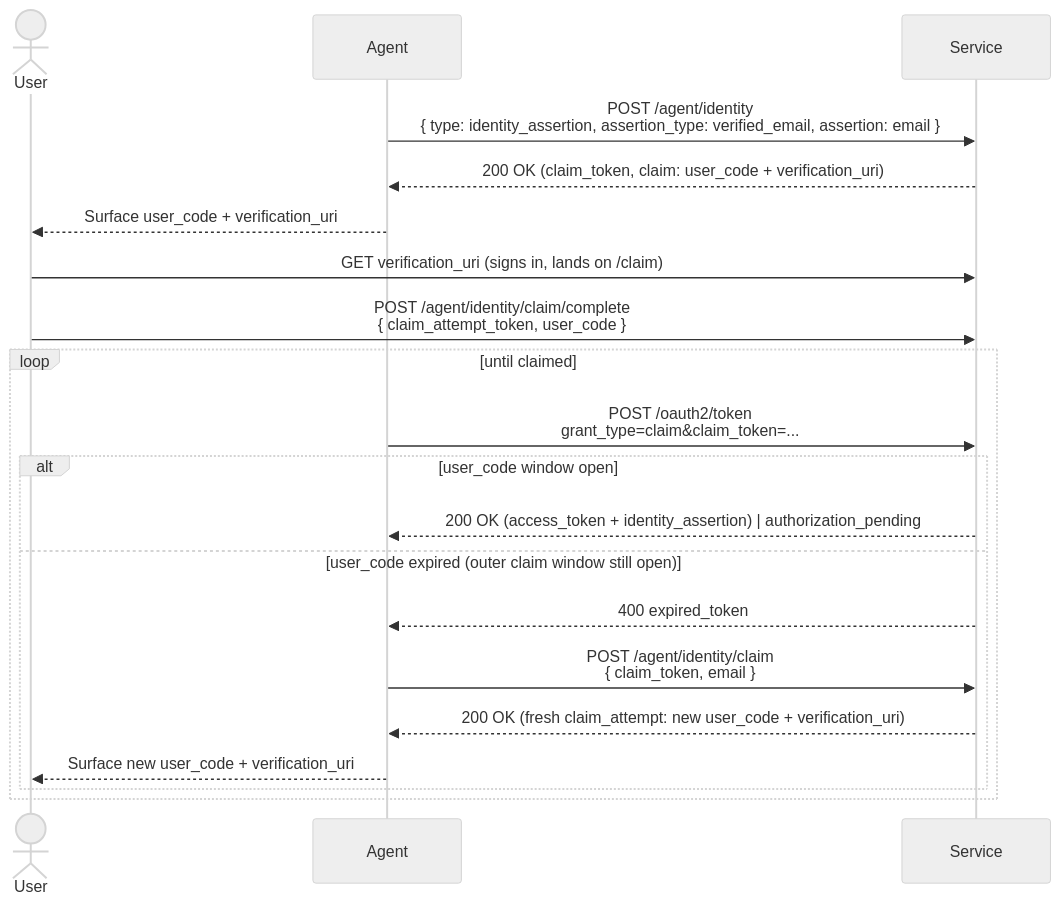
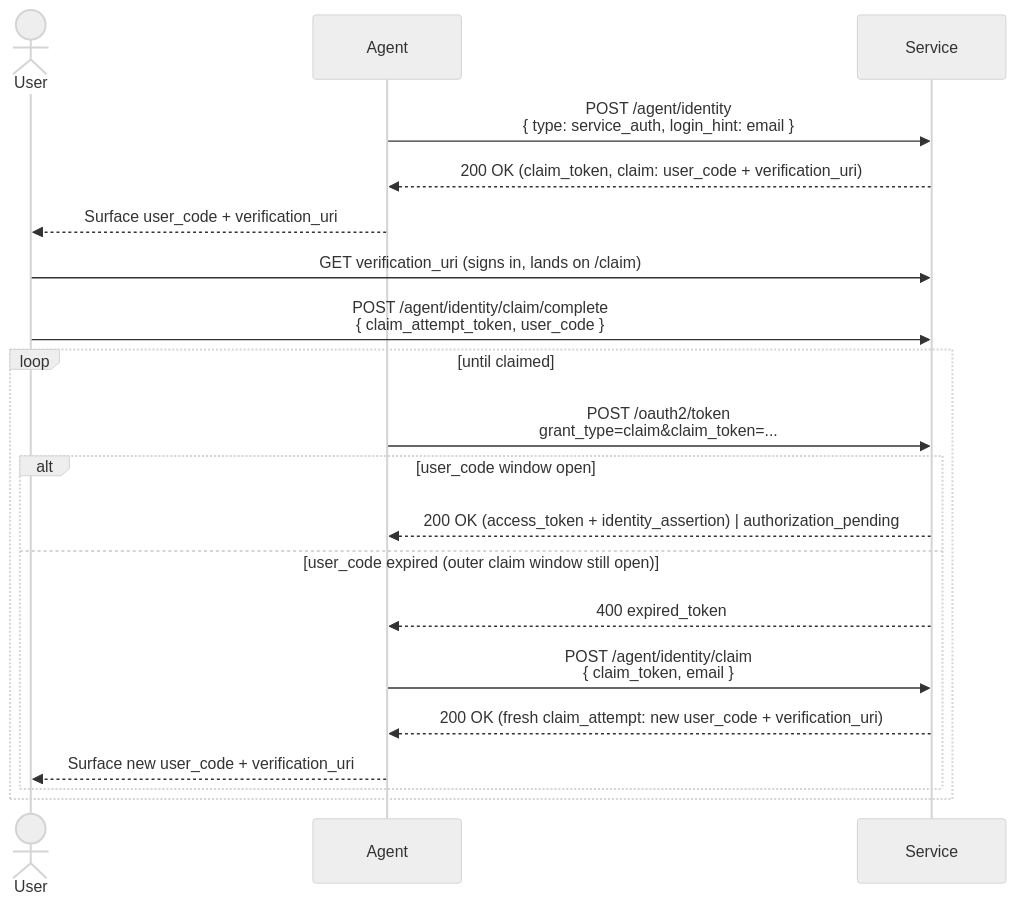
One commit to timothybrush/auth.md changed the second of 3 diagrams in README.md. Above: the diagram before and after it, drawn with Mermaid (neutral theme). The commit also changed other lines of this file and 11 other files, not shown here.

First line of the commit message:
Split service_auth out from identity_assertion; soft-confirm on /claim

````diff
--- a/README.md
+++ b/README.md
@@ -110,24 +109,24 @@
 ```mermaid
 sequenceDiagram
     actor User
     participant Agent
     participant Service
 
-    Agent->>Service: POST /agent/identity<br/>{ type: identity_assertion, assertion_type: verified_email, assertion: email }
+    Agent->>Service: POST /agent/identity<br/>{ type: service_auth, login_hint: email }
     Service-->>Agent: 200 OK (claim_token, claim: user_code + verification_uri)
     Agent-->>User: Surface user_code + verification_uri
     User->>Service: GET verification_uri (signs in, lands on /claim)
     User->>Service: POST /agent/identity/claim/complete<br/>{ claim_attempt_token, user_code }
 
     loop until claimed
       Agent->>Service: POST /oauth2/token<br/>grant_type=claim&claim_token=...
       alt user_code window open
         Service-->>Agent: 200 OK (access_token + identity_assertion) | authorization_pending
       else user_code expired (outer claim window still open)
         Service-->>Agent: 400 expired_token
         Agent->>Service: POST /agent/identity/claim<br/>{ claim_token, email }
         Service-->>Agent: 200 OK (fresh claim_attempt: new user_code + verification_uri)
         Agent-->>User: Surface new user_code + verification_uri
       end
     end
 ```
````
